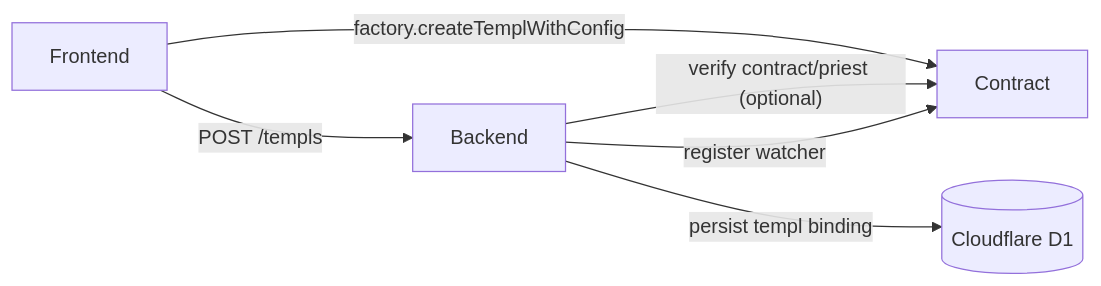
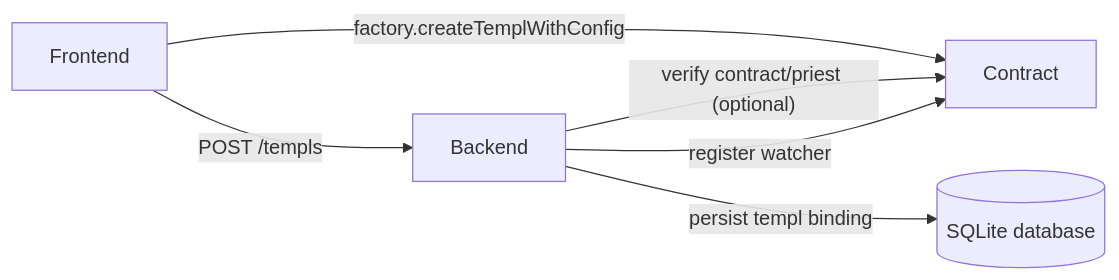
Before and after one commit to templ-fun/templ-evm-protocol: the first of 11 diagrams in docs/CORE_FLOW_DOCS.MD, drawn with Mermaid. The commit also changed other lines of this file and 13 other files, not shown here.

````diff
--- a/docs/CORE_FLOW_DOCS.MD
+++ b/docs/CORE_FLOW_DOCS.MD
@@ -16,12 +16,12 @@
 ```mermaid
 flowchart LR
     F[Frontend];
     B[Backend];
     C[Contract];
-    D[(Cloudflare D1)];
+    D[(SQLite database)];
     F -->|"factory.createTemplWithConfig"| C;
     F -->|"POST /templs"| B;
     B -->|"verify contract/priest (optional)"| C;
     B -->|"persist templ binding"| D;
     B -->|"register watcher"| C;
 ```
````
